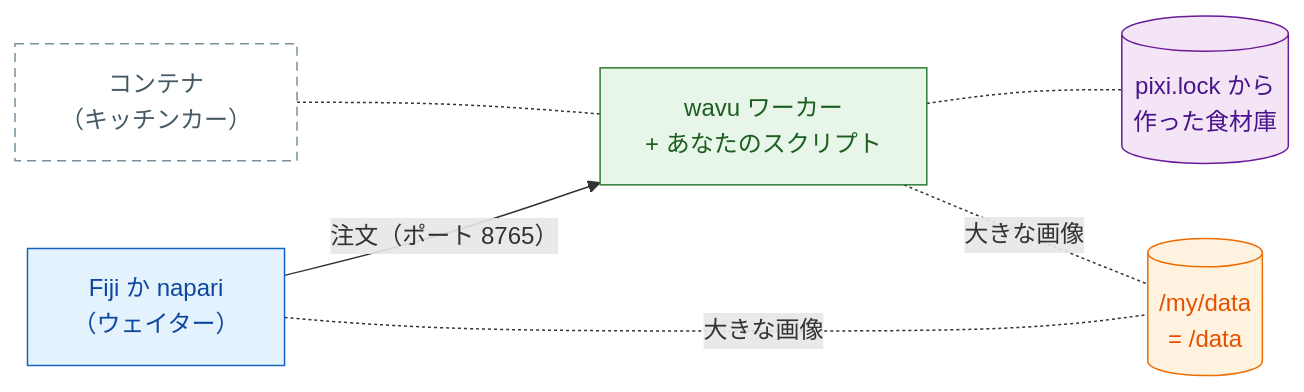
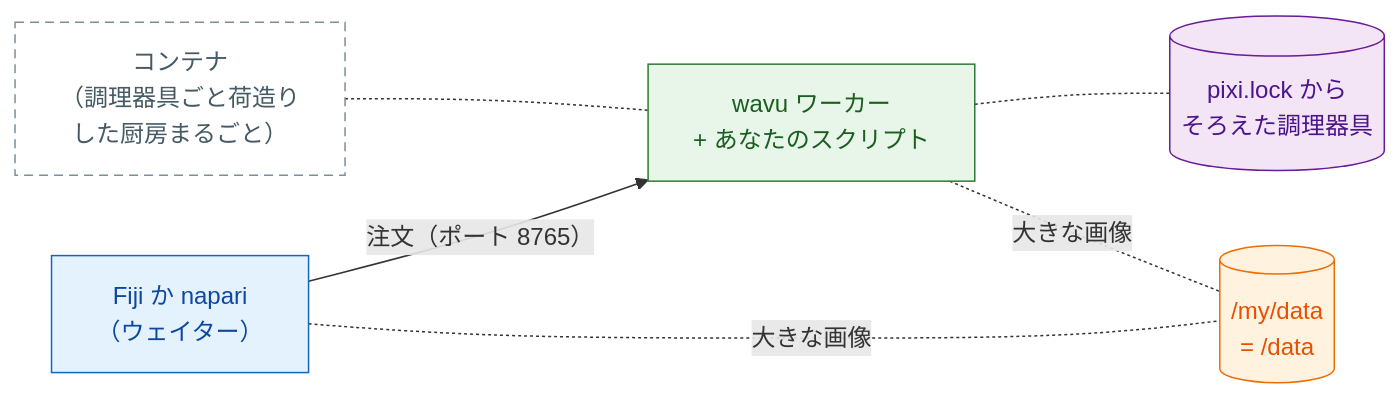
Before and after one commit to Oxford-Zeiss-Centre-of-Excellence/Wavu: the diagram in guide/write/container.ja.md, drawn with Mermaid. The commit also changed other lines of this file and 221 other files, not shown here.

````diff
--- a/guide/write/container.ja.md
+++ b/guide/write/container.ja.md
@@ -11,19 +12,19 @@
 ```mermaid
 flowchart LR
     V["Fiji か napari<br/>（ウェイター）"]:::fiji
-    T["コンテナ<br/>（キッチンカー）"]:::box
+    T["コンテナ<br/>（調理器具ごと荷造り<br/>した厨房まるごと）"]:::box
     W["wavu ワーカー<br/>+ あなたのスクリプト"]:::worker
-    E[("pixi.lock から<br/>作った食材庫")]:::env
+    E[("pixi.lock から<br/>そろえた調理器具")]:::env
     D[("/my/data<br/>= /data")]:::script
     V -- "注文（ポート 8765）" --> W
     T -.- W
     W -.- E
     V -.-|大きな画像| D
     W -.-|大きな画像| D
 
     classDef fiji   fill:#e3f2fd,stroke:#1565c0,color:#0d47a1
     classDef worker fill:#e8f5e9,stroke:#2e7d32,color:#1b5e20
     classDef script fill:#fff3e0,stroke:#ef6c00,color:#e65100
     classDef env    fill:#f3e5f5,stroke:#6a1b9a,color:#4a148c
     classDef box    fill:#ffffff,stroke:#78909c,stroke-dasharray: 6 4,color:#455a64
 ```
````
